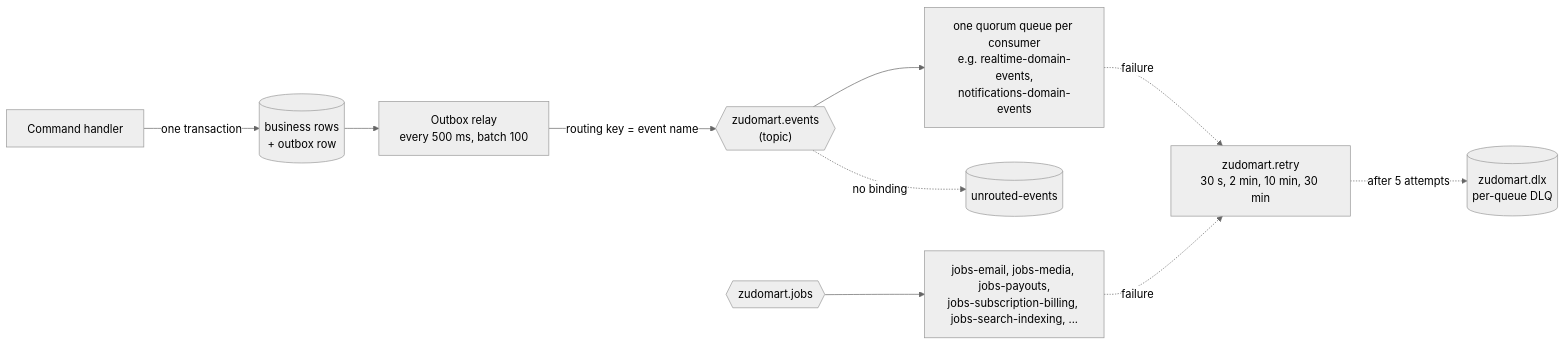
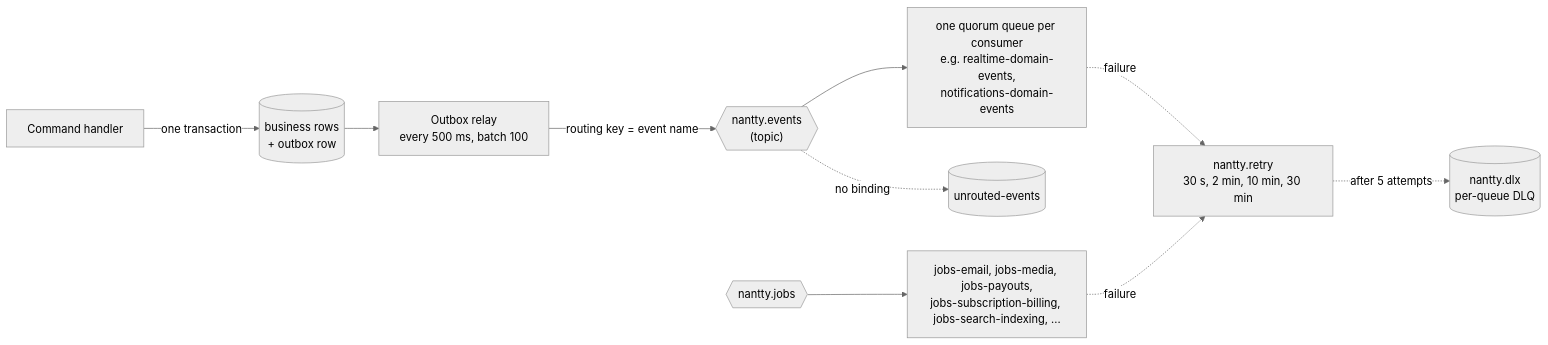
One commit to telente-technologies/nantty changed the second of 5 diagrams in docs/architecture/system.md. Above: the diagram before and after it, drawn with Mermaid (neutral theme). The commit also changed other lines of this file and 46 other files, not shown here.

Commit message:
docs: rebrand and update architecture, database, and integration guides

````diff
--- a/docs/architecture/system.md
+++ b/docs/architecture/system.md
@@ -122,11 +122,11 @@
 ```mermaid
 flowchart LR
   CMD["Command handler"] -->|"one transaction"| TX[("business rows<br/>+ outbox row")]
   TX --> RELAY["Outbox relay<br/>every 500 ms, batch 100"]
-  RELAY -->|"routing key = event name"| EX{{"zudomart.events<br/>(topic)"}}
+  RELAY -->|"routing key = event name"| EX{{"nantty.events<br/>(topic)"}}
   EX --> Q["one quorum queue per consumer<br/>e.g. realtime-domain-events,<br/>notifications-domain-events"]
-  JOBS{{"zudomart.jobs"}} --> JQ["jobs-email, jobs-media, jobs-payouts,<br/>jobs-subscription-billing, jobs-search-indexing, ..."]
-  Q & JQ -.->|failure| RETRY["zudomart.retry<br/>30 s, 2 min, 10 min, 30 min"]
-  RETRY -.->|"after 5 attempts"| DLQ[("zudomart.dlx<br/>per-queue DLQ")]
+  JOBS{{"nantty.jobs"}} --> JQ["jobs-email, jobs-media, jobs-payouts,<br/>jobs-subscription-billing, jobs-search-indexing, ..."]
+  Q & JQ -.->|failure| RETRY["nantty.retry<br/>30 s, 2 min, 10 min, 30 min"]
+  RETRY -.->|"after 5 attempts"| DLQ[("nantty.dlx<br/>per-queue DLQ")]
   EX -.->|no binding| UNR[("unrouted-events")]
 ```
````
